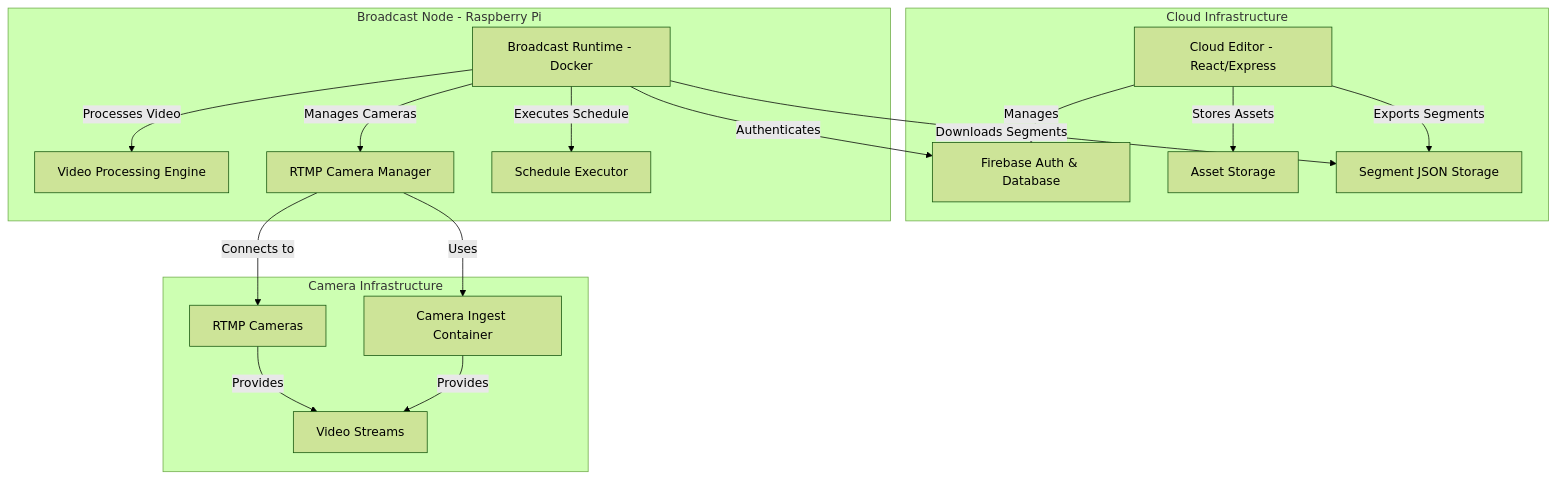
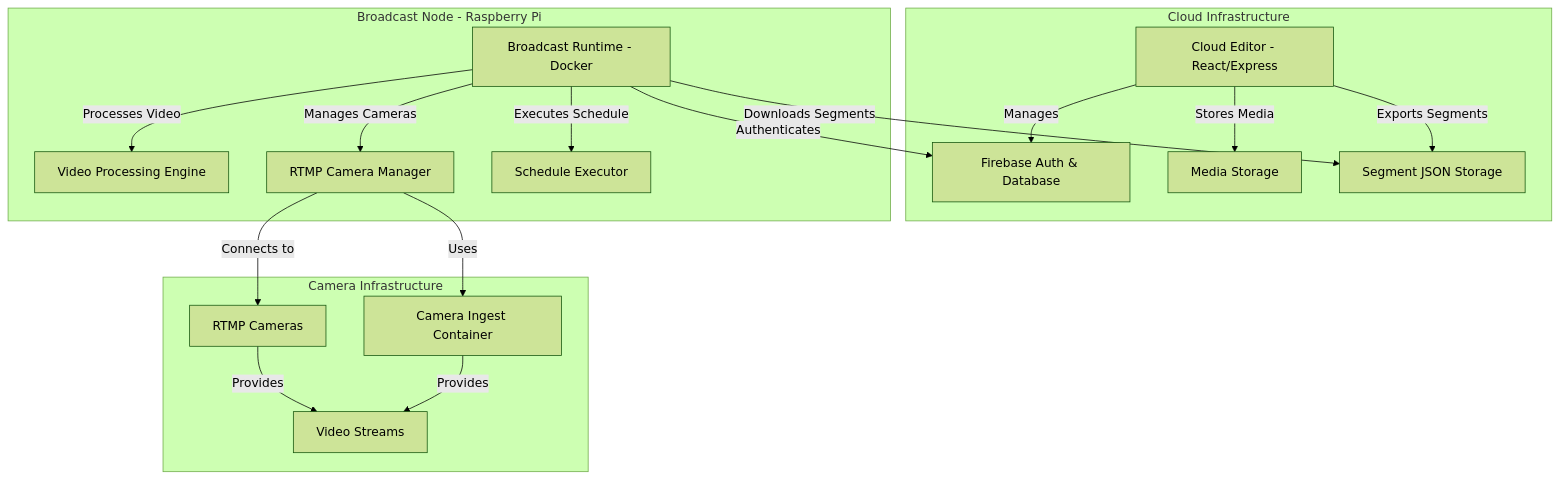
Before and after one commit to nickdnj/VistterStudio: the diagram in docs/SAD.md, drawn with Mermaid (forest theme). The commit also changed other lines of this file and 8 other files, not shown here.

Commit message:
docs: Update 'Asset' to 'Media' in documentation

````diff
--- a/docs/SAD.md
+++ b/docs/SAD.md
@@ -14,34 +14,34 @@
 ```mermaid
 graph TD
     subgraph Cloud Infrastructure
         A[Cloud Editor - React/Express]
         B[Firebase Auth & Database]
-        C[Asset Storage]
+        C[Media Storage]
         D[Segment JSON Storage]
         A -- Manages --> B
-        A -- Stores Assets --> C
+        A -- Stores Media --> C
         A -- Exports Segments --> D
     end
     
     subgraph Broadcast Node - Raspberry Pi
         E[Broadcast Runtime - Docker]
         F[Video Processing Engine]
         G[RTMP Camera Manager]
         H[Schedule Executor]
         E -- Authenticates --> B
         E -- Downloads Segments --> D
         E -- Processes Video --> F
         E -- Manages Cameras --> G
         E -- Executes Schedule --> H
     end
     
     subgraph Camera Infrastructure
         I[RTMP Cameras]
         J[Camera Ingest Container]
         K[Video Streams]
         G -- Connects to --> I
         G -- Uses --> J
         I -- Provides --> K
         J -- Provides --> K
     end
 ```
````
